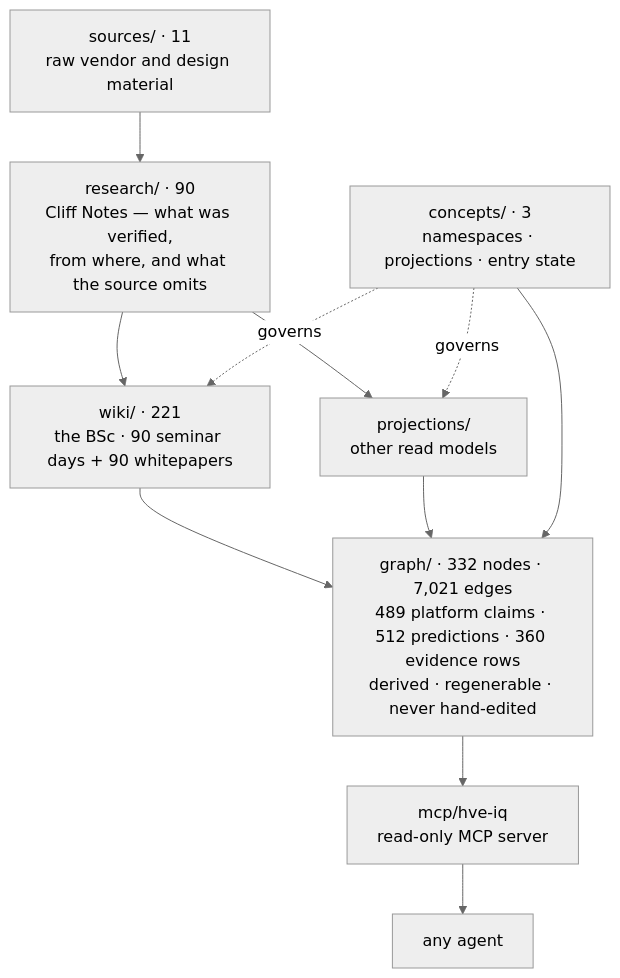
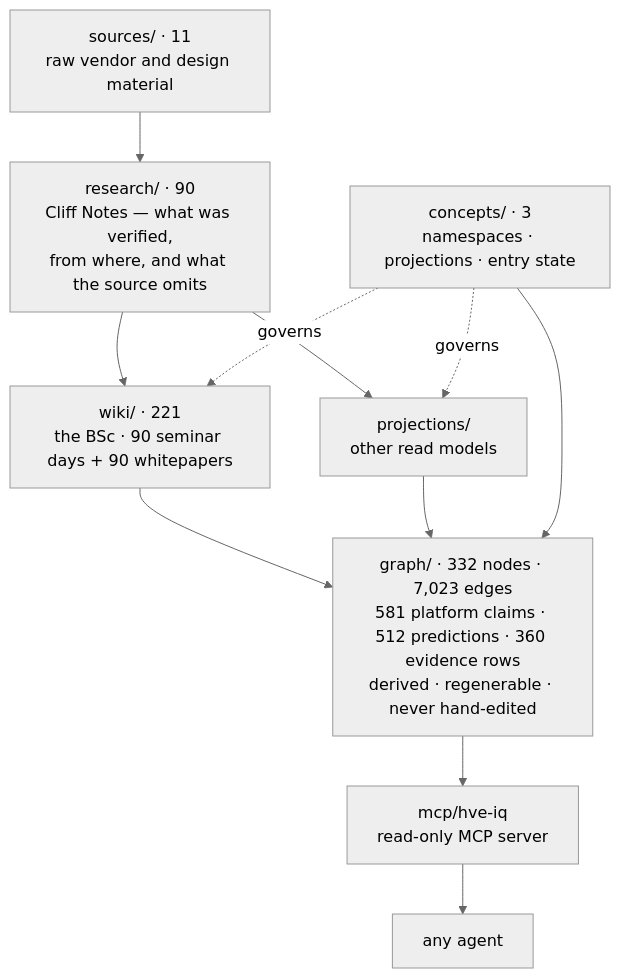
The diagram in README.md (venturemavenwill/high-velocity-engineering), drawn with Mermaid (neutral theme) before and after one commit. The commit also changed other lines of this file and 28 other files, not shown here.

````diff
--- a/README.md
+++ b/README.md
@@ -13,14 +13,14 @@
 ```mermaid
 flowchart TD
   S["sources/ · 11<br/>raw vendor and design material"] --> R
   R["research/ · 90<br/>Cliff Notes — what was verified,<br/>from where, and what the source omits"] --> W
   R --> P
   W["wiki/ · 221<br/>the BSc · 90 seminar days + 90 whitepapers"]
   P["projections/<br/>other read models"]
   C["concepts/ · 3<br/>namespaces · projections · entry state"] -.governs.-> W
   C -.governs.-> P
   W --> G
   P --> G
   C --> G
-  G["graph/ · 332 nodes · 7,021 edges<br/>489 platform claims · 512 predictions · 360 evidence rows<br/>derived · regenerable · never hand-edited"] --> M["mcp/hve-iq<br/>read-only MCP server"] --> A["any agent"]
+  G["graph/ · 332 nodes · 7,023 edges<br/>581 platform claims · 512 predictions · 360 evidence rows<br/>derived · regenerable · never hand-edited"] --> M["mcp/hve-iq<br/>read-only MCP server"] --> A["any agent"]
 ```
````
